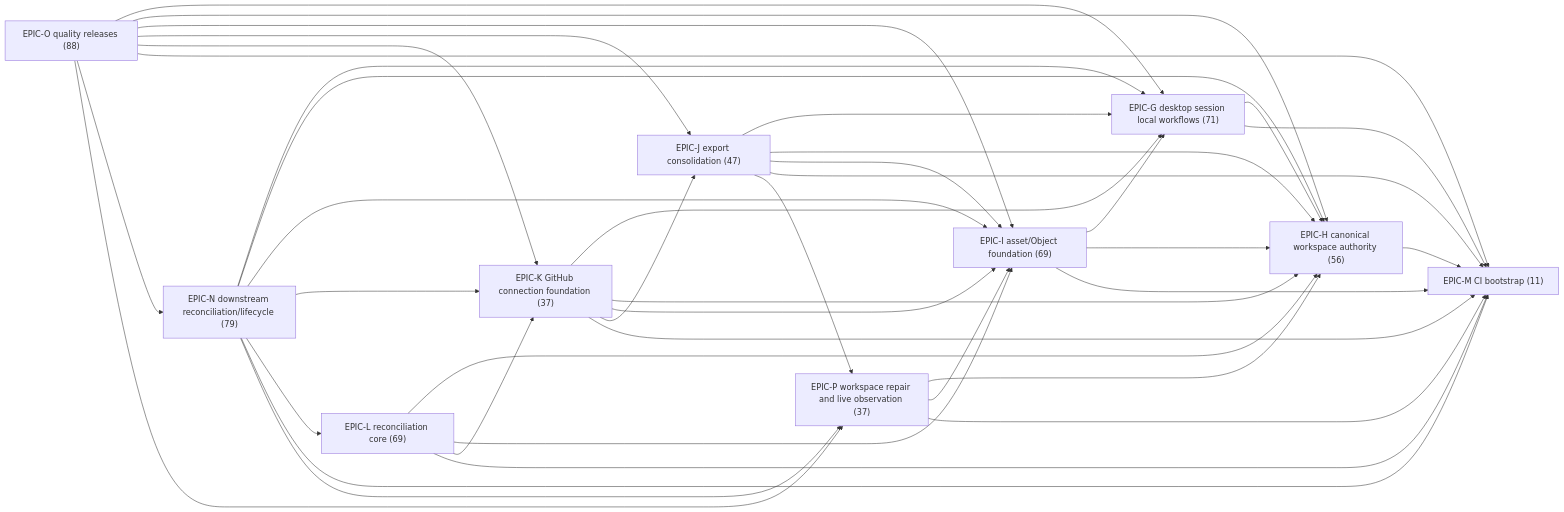
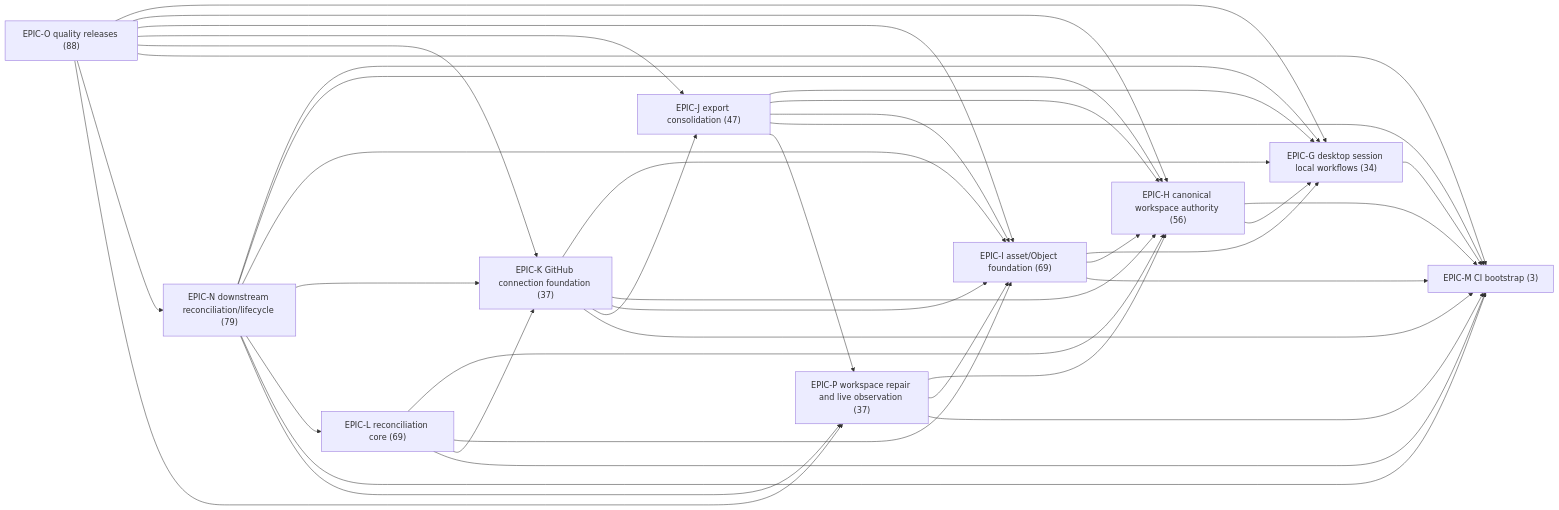
The diagram in .constitution/tasks/critical-path.md (SkrOYC/burlmd), drawn with Mermaid before and after one commit. The commit also changed other lines of this file and 4 other files, not shown here.

First line of the commit message:
docs(tasks): sequence Linux-first M and G completion

````diff
--- a/.constitution/tasks/critical-path.md
+++ b/.constitution/tasks/critical-path.md
@@ -34,51 +34,51 @@
 ```mermaid
 flowchart LR
-  G["EPIC-G desktop session local workflows (71)"]
+  G["EPIC-G desktop session local workflows (34)"]
   H["EPIC-H canonical workspace authority (56)"]
   I["EPIC-I asset/Object foundation (69)"]
   J["EPIC-J export consolidation (47)"]
   K["EPIC-K GitHub connection foundation (37)"]
   L["EPIC-L reconciliation core (69)"]
-  M["EPIC-M CI bootstrap (11)"]
+  M["EPIC-M CI bootstrap (3)"]
   N["EPIC-N downstream reconciliation/lifecycle (79)"]
   O["EPIC-O quality releases (88)"]
   P["EPIC-P workspace repair and live observation (37)"]
-  G --> H
   G --> M
   H --> M
+  H --> G
   I --> G
   I --> H
   I --> M
   J --> G
   J --> H
   J --> I
   J --> M
   J --> P
   K --> G
   K --> H
   K --> I
   K --> J
   K --> M
   L --> H
   L --> I
   L --> K
   L --> M
   N --> G
   N --> H
   N --> I
   N --> K
   N --> L
   N --> M
   N --> P
   O --> G
   O --> H
   O --> I
   O --> J
   O --> K
   O --> M
   O --> N
   O --> P
   P --> H
   P --> I
   P --> M
 ```
````
